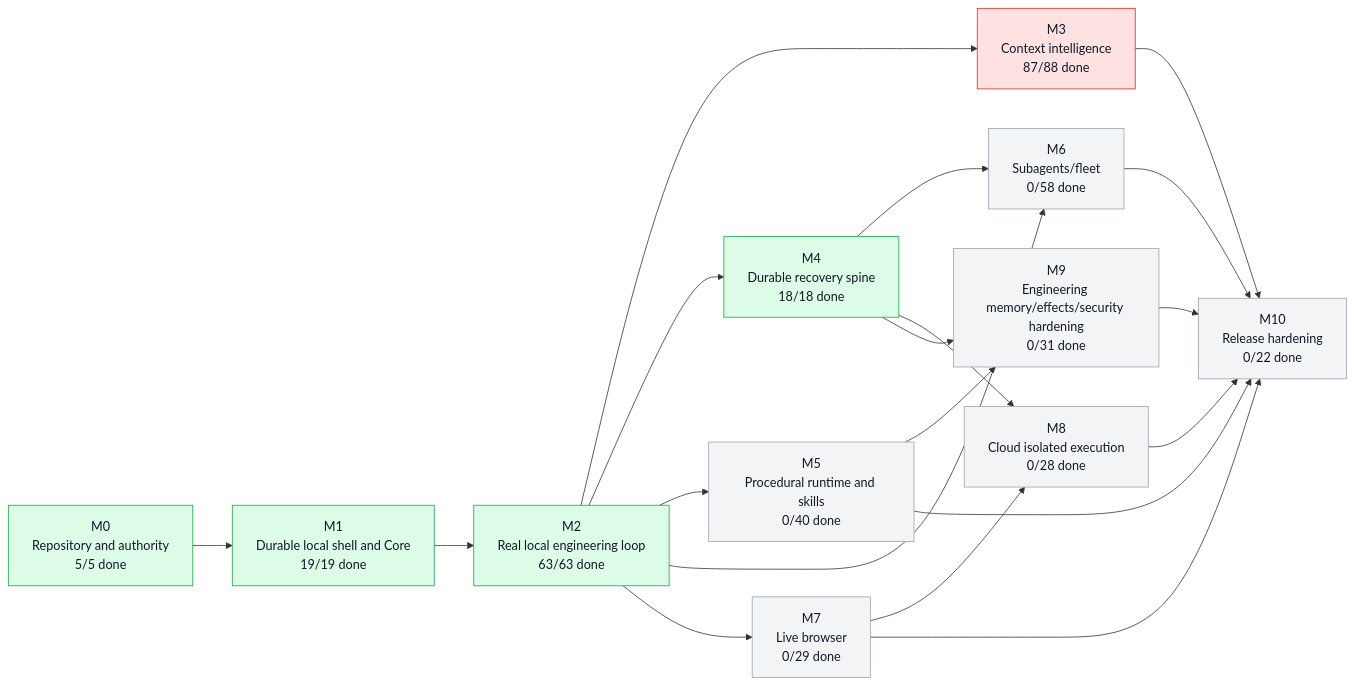
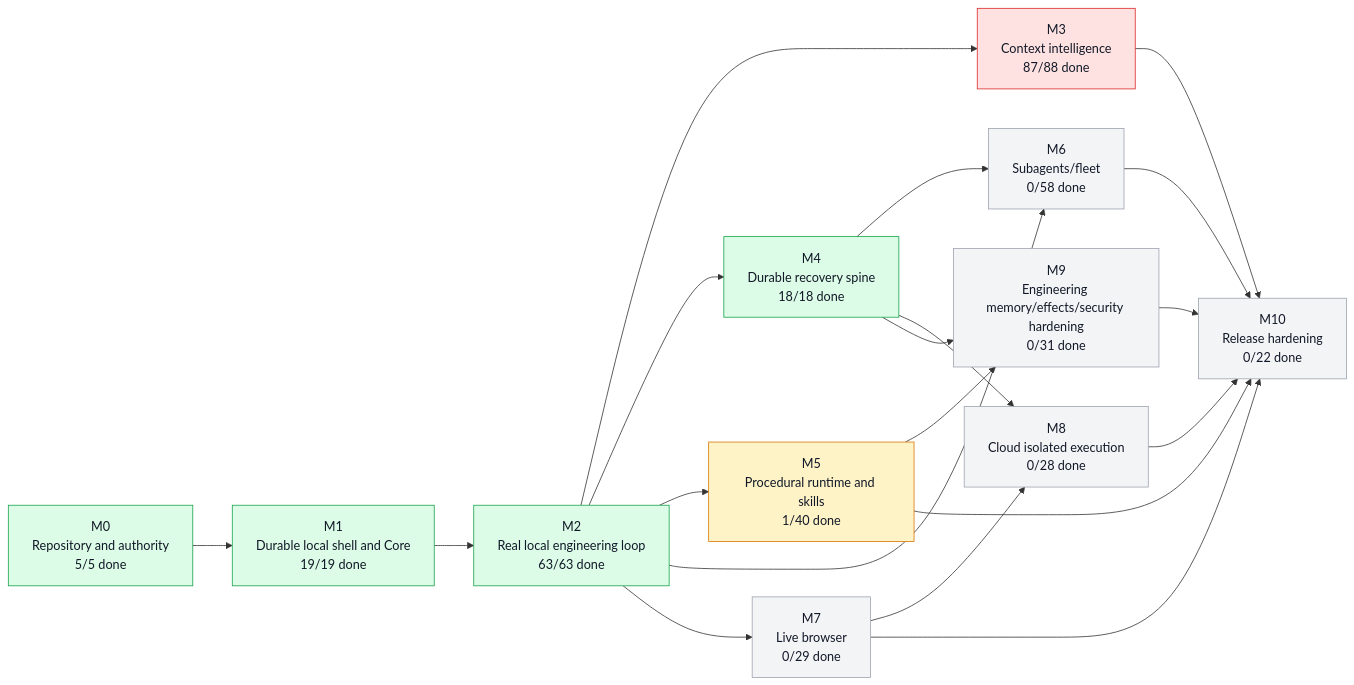
One commit to moss101/modbit changed the first of 5 diagrams in graph/PROJECT_GRAPH.md. Above: the diagram before and after it, drawn with Mermaid. The commit also changed other lines of this file and 6 other files, not shown here.

````diff
--- a/graph/PROJECT_GRAPH.md
+++ b/graph/PROJECT_GRAPH.md
@@ -57,43 +57,43 @@
 ```mermaid
 flowchart LR
   M0["M0<br/>Repository and authority<br/>5/5 done"]
   M1["M1<br/>Durable local shell and Core<br/>19/19 done"]
   M2["M2<br/>Real local engineering loop<br/>63/63 done"]
   M3["M3<br/>Context intelligence<br/>87/88 done"]
   M4["M4<br/>Durable recovery spine<br/>18/18 done"]
-  M5["M5<br/>Procedural runtime and skills<br/>0/40 done"]
+  M5["M5<br/>Procedural runtime and skills<br/>1/40 done"]
   M6["M6<br/>Subagents/fleet<br/>0/58 done"]
   M7["M7<br/>Live browser<br/>0/29 done"]
   M8["M8<br/>Cloud isolated execution<br/>0/28 done"]
   M9["M9<br/>Engineering memory/effects/security hardening<br/>0/31 done"]
   M10["M10<br/>Release hardening<br/>0/22 done"]
   M0 --> M1
   M1 --> M2
   M2 --> M3
   M2 --> M4
   M2 --> M5
   M2 --> M6
   M4 --> M6
   M2 --> M7
   M4 --> M8
   M7 --> M8
   M4 --> M9
   M5 --> M9
   M3 --> M10
   M5 --> M10
   M6 --> M10
   M7 --> M10
   M8 --> M10
   M9 --> M10
   style M0 fill:#dcfce7,stroke:#16a34a,color:#111827
   style M1 fill:#dcfce7,stroke:#16a34a,color:#111827
   style M2 fill:#dcfce7,stroke:#16a34a,color:#111827
   style M3 fill:#fee2e2,stroke:#dc2626,color:#111827
   style M4 fill:#dcfce7,stroke:#16a34a,color:#111827
-  style M5 fill:#f3f4f6,stroke:#9ca3af,color:#111827
+  style M5 fill:#fef3c7,stroke:#d97706,color:#111827
   style M6 fill:#f3f4f6,stroke:#9ca3af,color:#111827
   style M7 fill:#f3f4f6,stroke:#9ca3af,color:#111827
   style M8 fill:#f3f4f6,stroke:#9ca3af,color:#111827
   style M9 fill:#f3f4f6,stroke:#9ca3af,color:#111827
   style M10 fill:#f3f4f6,stroke:#9ca3af,color:#111827
 ```
````
